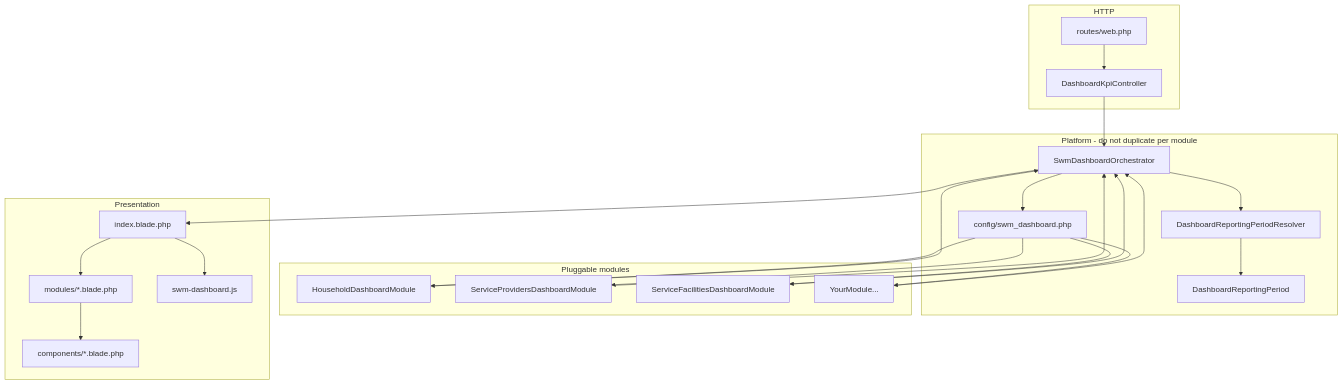
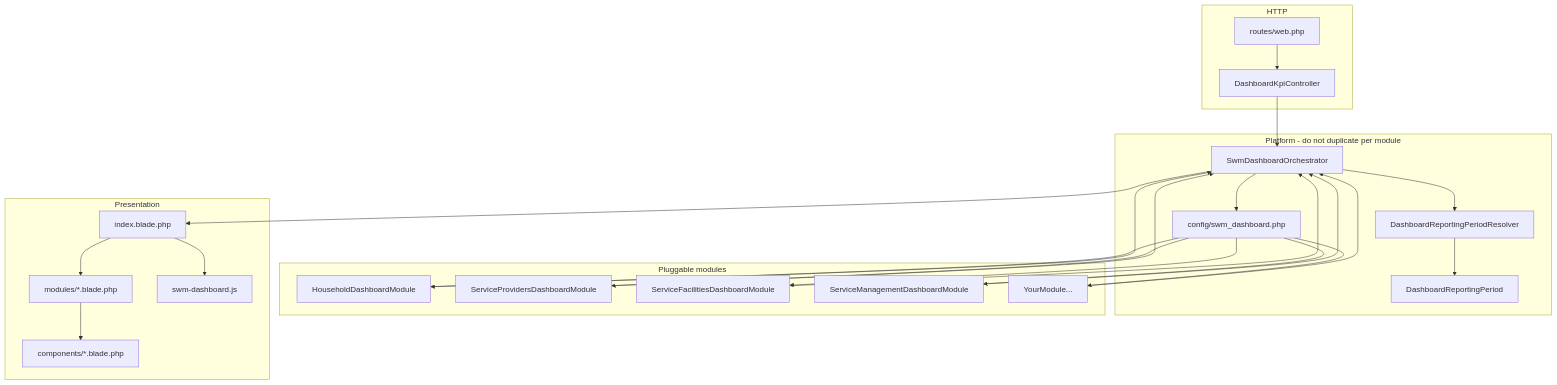
The first of 2 diagrams in documentations/code_documents/20 - swm-dashboard-data-flow.md (mahabubulhasan/base-imis-ispl), drawn with Mermaid before and after one commit. The commit also changed other lines of this file and 12 other files, not shown here.

Commit message:
service management module added in swm dashboard

````diff
--- a/documentations/code_documents/20 - swm-dashboard-data-flow.md
+++ b/documentations/code_documents/20 - swm-dashboard-data-flow.md
@@ -52,36 +52,37 @@
 ```mermaid
 flowchart TB
     subgraph http [HTTP]
         R[routes/web.php]
         C[DashboardKpiController]
     end
 
     subgraph platform [Platform - do not duplicate per module]
         O[SwmDashboardOrchestrator]
         PR[DashboardReportingPeriodResolver]
         P[DashboardReportingPeriod]
         CFG[config/swm_dashboard.php]
     end
 
     subgraph modules [Pluggable modules]
         M1[HouseholdDashboardModule]
         M2[ServiceProvidersDashboardModule]
         M3[ServiceFacilitiesDashboardModule]
+        M4[ServiceManagementDashboardModule]
         MN[YourModule...]
     end
 
     subgraph ui [Presentation]
         IDX[index.blade.php]
         MOD[modules/*.blade.php]
         COMP[components/*.blade.php]
         JS[swm-dashboard.js]
     end
 
     R --> C --> O
     O --> PR --> P
     O --> CFG
-    CFG --> M1 & M2 & M3 & MN
-    M1 & M2 & M3 & MN --> O
+    CFG --> M1 & M2 & M3 & M4 & MN
+    M1 & M2 & M3 & M4 & MN --> O
     O --> IDX --> MOD --> COMP
     IDX --> JS
 ```
````
